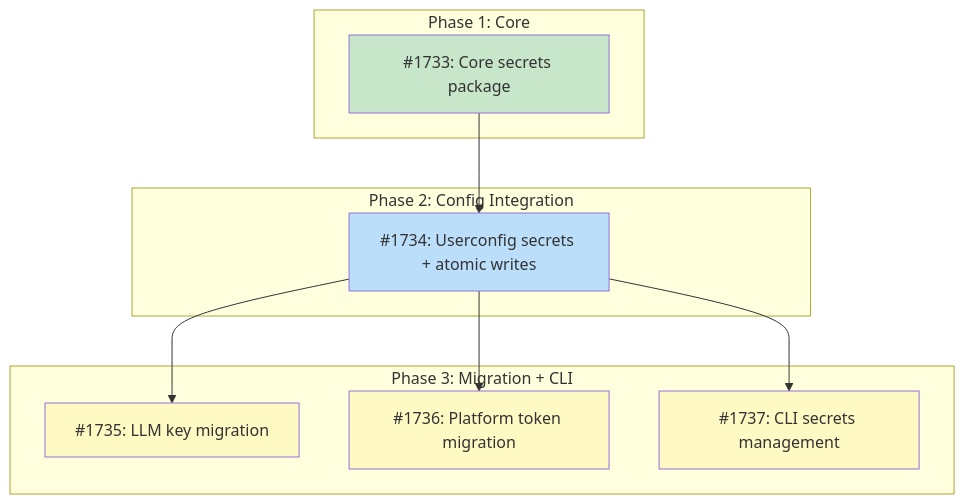
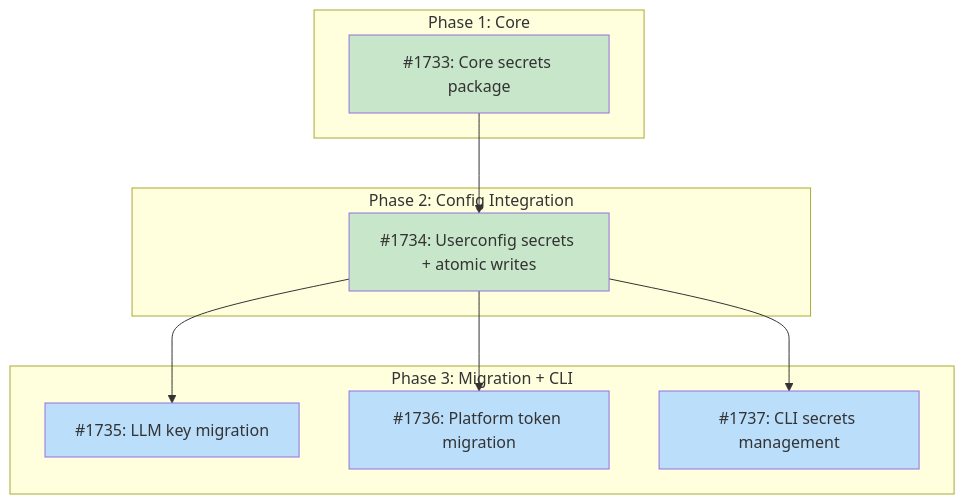
Before and after one commit to tsukumogami/tsuku: the diagram in docs/designs/DESIGN-secrets-manager.md, drawn with Mermaid. The commit also changed other lines of this file, not shown here.

Commit message:
chore: mark issue #1734 as complete in design doc

````diff
--- a/docs/designs/DESIGN-secrets-manager.md
+++ b/docs/designs/DESIGN-secrets-manager.md
@@ -53,31 +53,31 @@
 ```mermaid
 graph TD
     subgraph Phase1["Phase 1: Core"]
         I1733["#1733: Core secrets package"]
     end
 
     subgraph Phase2["Phase 2: Config Integration"]
         I1734["#1734: Userconfig secrets + atomic writes"]
     end
 
     subgraph Phase3["Phase 3: Migration + CLI"]
         I1735["#1735: LLM key migration"]
         I1736["#1736: Platform token migration"]
         I1737["#1737: CLI secrets management"]
     end
 
     I1733 --> I1734
     I1734 --> I1735
     I1734 --> I1736
     I1734 --> I1737
 
     classDef done fill:#c8e6c9
     classDef ready fill:#bbdefb
     classDef blocked fill:#fff9c4
     classDef needsDesign fill:#e1bee7
     classDef tracksDesign fill:#FFE0B2,stroke:#F57C00,color:#000
 
     class I1733 done
-    class I1734 ready
-    class I1735,I1736,I1737 blocked
+    class I1734 done
+    class I1735,I1736,I1737 ready
 ```
````
